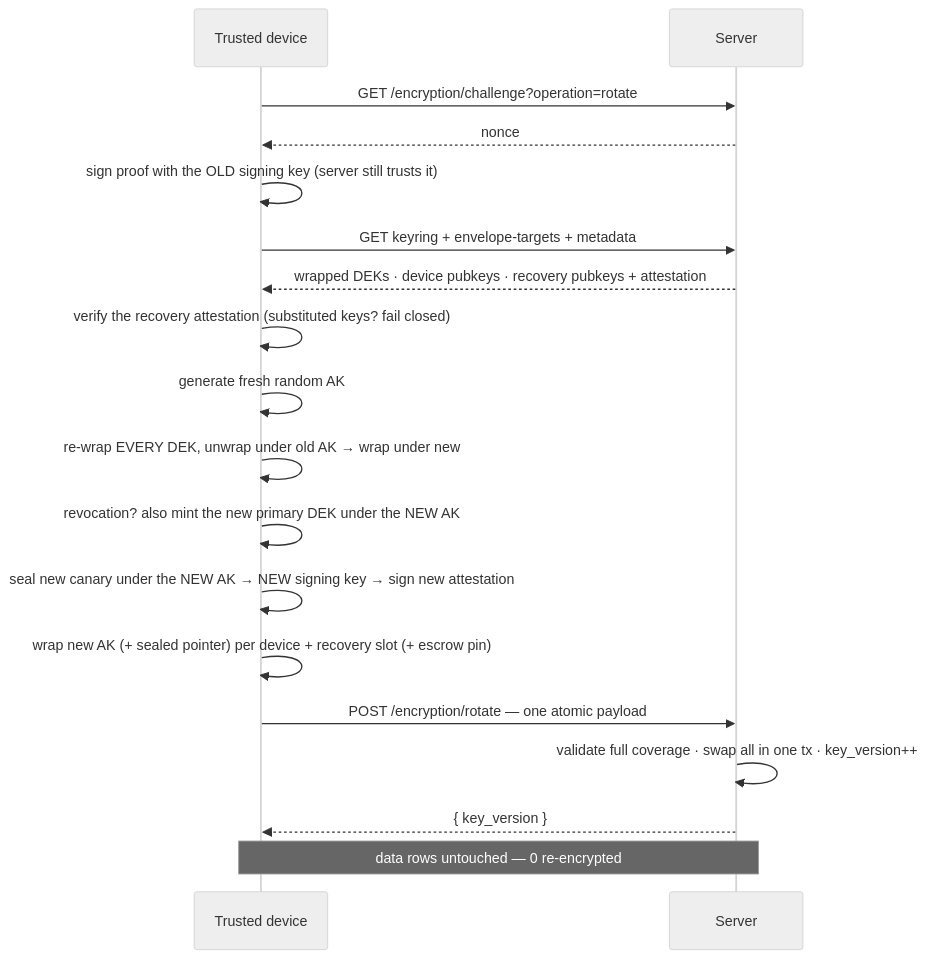
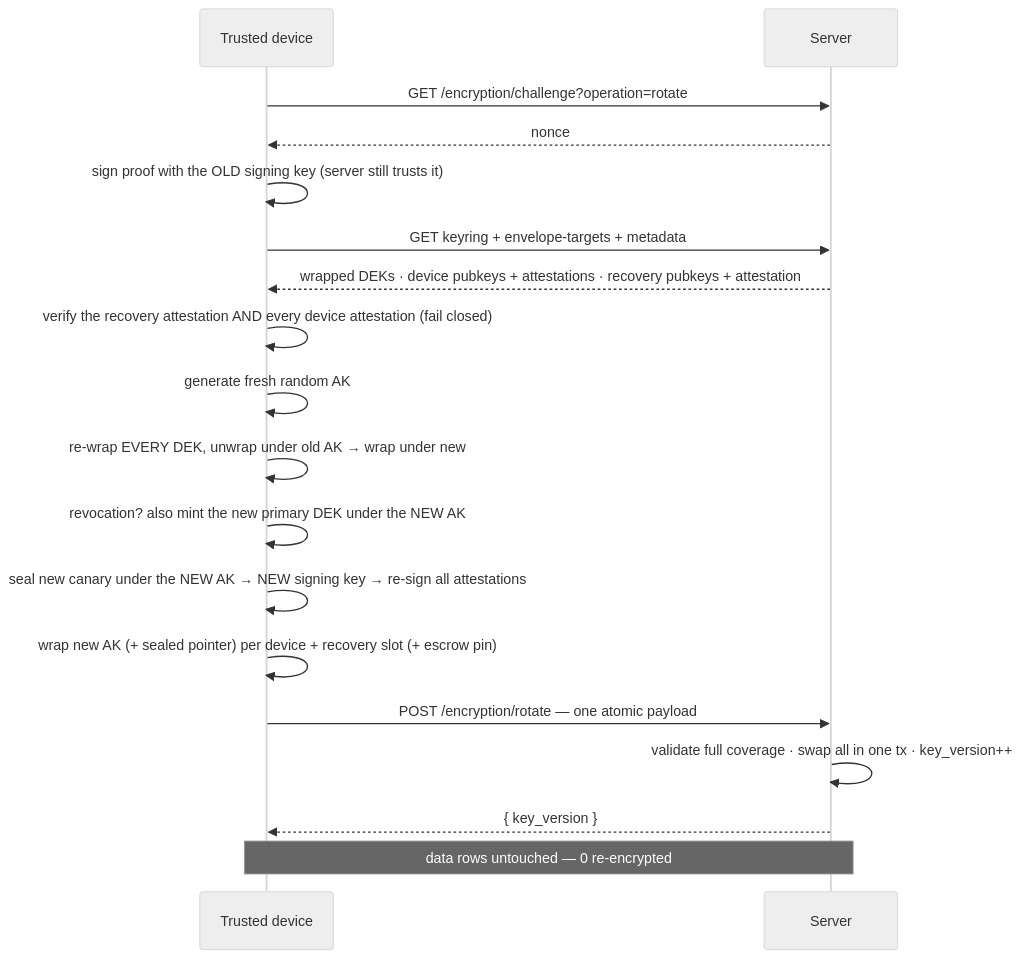
Before and after one commit to thunderbird/thunderbolt: the fourth of 9 diagrams in docs/architecture/e2e-encryption.md, drawn with Mermaid (neutral theme). The commit also changed other lines of this file and 14 other files, not shown here.

Commit message:
feat(e2ee): attest device public keys so a rotation cannot wrap for an invented recipient

````diff
--- a/docs/architecture/e2e-encryption.md
+++ b/docs/architecture/e2e-encryption.md
@@ -330,20 +330,20 @@
 ```mermaid
 sequenceDiagram
     participant T as Trusted device
     participant S as Server
     T->>S: GET /encryption/challenge?operation=rotate
     S-->>T: nonce
     T->>T: sign proof with the OLD signing key (server still trusts it)
     T->>S: GET keyring + envelope-targets + metadata
-    S-->>T: wrapped DEKs · device pubkeys · recovery pubkeys + attestation
-    T->>T: verify the recovery attestation (substituted keys? fail closed)
+    S-->>T: wrapped DEKs · device pubkeys + attestations · recovery pubkeys + attestation
+    T->>T: verify the recovery attestation AND every device attestation (fail closed)
     T->>T: generate fresh random AK
     T->>T: re-wrap EVERY DEK, unwrap under old AK → wrap under new
     T->>T: revocation? also mint the new primary DEK under the NEW AK
-    T->>T: seal new canary under the NEW AK → NEW signing key → sign new attestation
+    T->>T: seal new canary under the NEW AK → NEW signing key → re-sign all attestations
     T->>T: wrap new AK (+ sealed pointer) per device + recovery slot (+ escrow pin)
     T->>S: POST /encryption/rotate — one atomic payload
     S->>S: validate full coverage · swap all in one tx · key_version++
     S-->>T: { key_version }
     Note over T,S: data rows untouched — 0 re-encrypted
 ```
````
